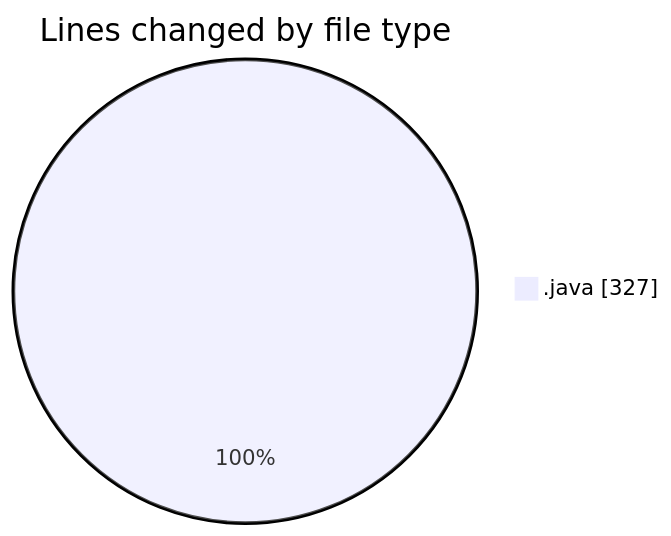
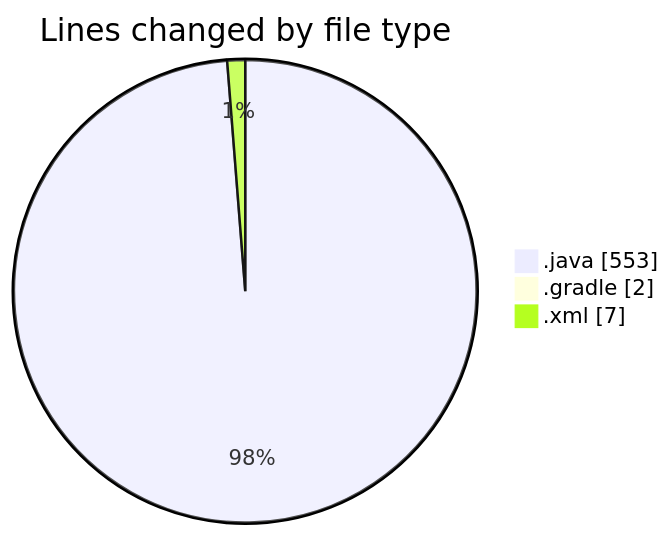
One commit to charlie-sans/code-tracking changed the first of 2 diagrams in 2025-02-27/konsole/README.md. Above: the diagram before and after it, drawn with Mermaid. The commit also changed other lines of this file and 1 other file, not shown here.

````diff
--- a/2025-02-27/konsole/README.md
+++ b/2025-02-27/konsole/README.md
@@ -22,5 +26,7 @@
 ```mermaid
 pie showData
 title Lines changed by file type
-".java" : 327
+".java" : 553
+".gradle" : 2
+".xml" : 7
 ```
````
